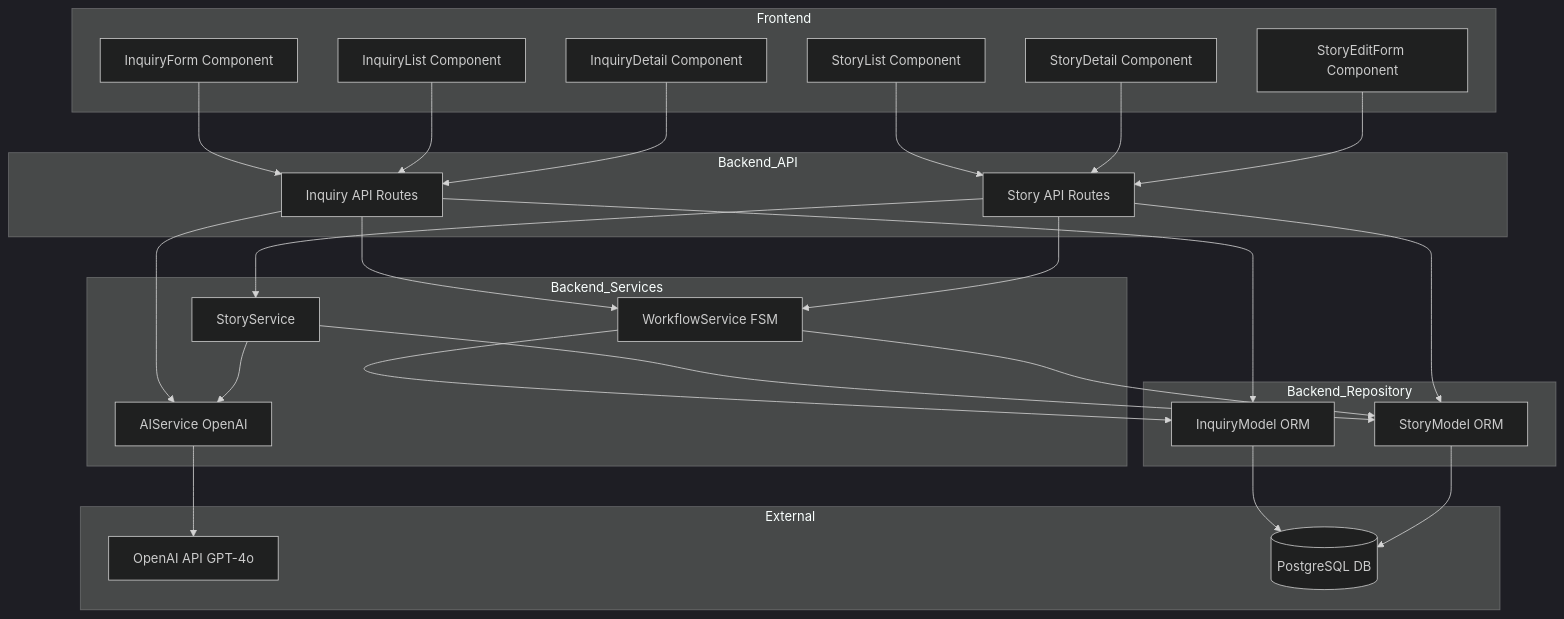
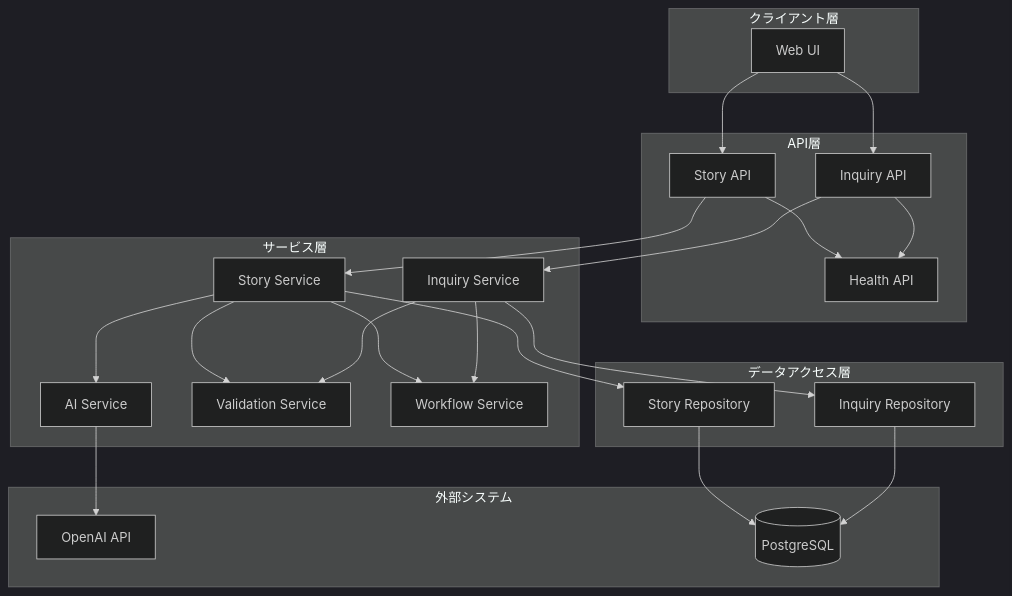
The first of 5 diagrams in .kiro/specs/storyboard/design.md (ohr486/ghost-squad), drawn with Mermaid (dark theme) before and after one commit. The commit also changed other lines of this file and 1 other file, not shown here.

````diff
--- a/.kiro/specs/storyboard/design.md
+++ b/.kiro/specs/storyboard/design.md
@@ -63,55 +37,53 @@
 ```mermaid
 graph TB
-    subgraph Frontend
-        InquiryForm[InquiryForm Component]
-        InquiryList[InquiryList Component]
-        InquiryDetail[InquiryDetail Component]
-        StoryList[StoryList Component]
-        StoryDetail[StoryDetail Component]
-        StoryEditForm[StoryEditForm Component]
+    subgraph クライアント層
+        WebUI[Web UI]
     end
 
-    subgraph Backend_API
-        InquiryAPI[Inquiry API Routes]
-        StoryAPI[Story API Routes]
+    subgraph API層
+        InquiryAPI[Inquiry API]
+        StoryAPI[Story API]
+        HealthAPI[Health API]
     end
 
-    subgraph Backend_Services
-        WorkflowService[WorkflowService FSM]
-        AIService[AIService OpenAI]
-        StoryService[StoryService]
+    subgraph サービス層
+        InquiryService[Inquiry Service]
+        StoryService[Story Service]
+        AIService[AI Service]
+        ValidationService[Validation Service]
+        WorkflowService[Workflow Service]
     end
 
-    subgraph Backend_Repository
-        InquiryRepo[InquiryModel ORM]
-        StoryRepo[StoryModel ORM]
+    subgraph データアクセス層
+        InquiryRepo[Inquiry Repository]
+        StoryRepo[Story Repository]
     end
 
-    subgraph External
-        OpenAI[OpenAI API GPT-4o]
-        PostgreSQL[(PostgreSQL DB)]
+    subgraph 外部システム
+        OpenAI[OpenAI API]
+        Database[(PostgreSQL)]
     end
 
-    InquiryForm --> InquiryAPI
-    InquiryList --> InquiryAPI
-    InquiryDetail --> InquiryAPI
-    StoryList --> StoryAPI
-    StoryDetail --> StoryAPI
-    StoryEditForm --> StoryAPI
+    WebUI --> InquiryAPI
+    WebUI --> StoryAPI
 
-    InquiryAPI --> WorkflowService
-    InquiryAPI --> AIService
-    InquiryAPI --> InquiryRepo
-    StoryAPI --> WorkflowService
+    InquiryAPI --> InquiryService
     StoryAPI --> StoryService
-    StoryAPI --> StoryRepo
+
+    InquiryService --> InquiryRepo
+    InquiryService --> ValidationService
+    InquiryService --> WorkflowService
+
+    StoryService --> StoryRepo
+    StoryService --> AIService
+    StoryService --> ValidationService
+    StoryService --> WorkflowService
 
     AIService --> OpenAI
-    StoryService --> AIService
-    StoryService --> StoryRepo
-    WorkflowService --> InquiryRepo
-    WorkflowService --> StoryRepo
 
-    InquiryRepo --> PostgreSQL
-    StoryRepo --> PostgreSQL
+    InquiryRepo --> Database
+    StoryRepo --> Database
+
+    InquiryAPI --> HealthAPI
+    StoryAPI --> HealthAPI
 ```
````
